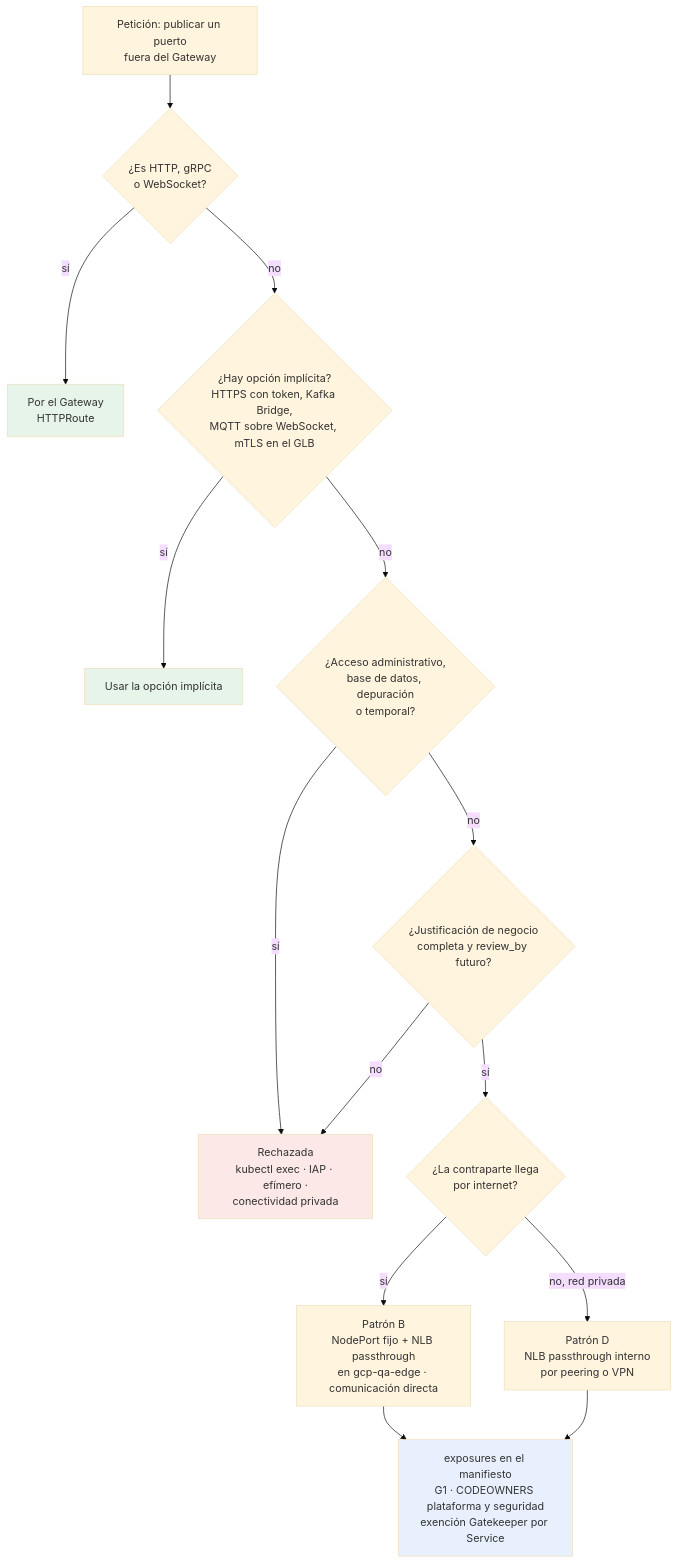
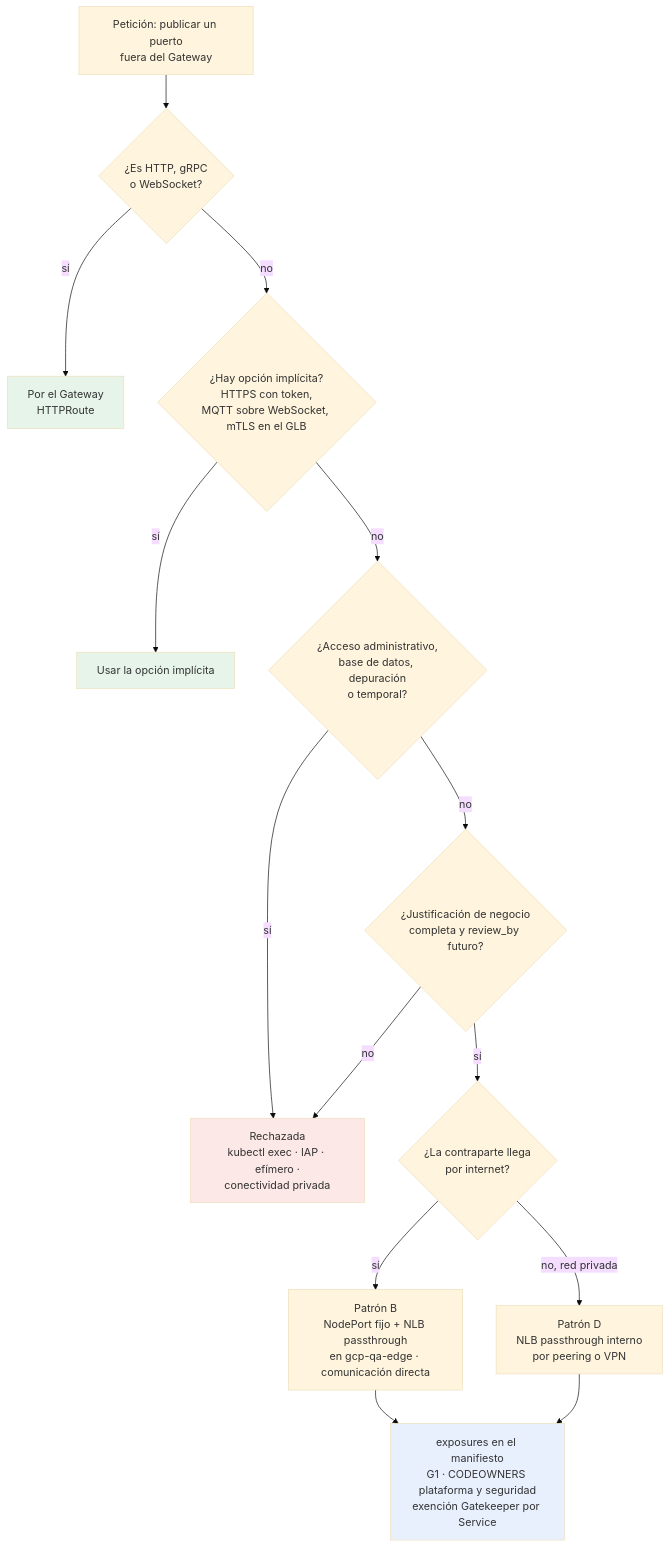
Before and after one commit to aescanero/proposal_documents: the diagram in docs/es/proposals/envoy-gateway-qa/diagrams/07-excepciones.mmd, drawn with Mermaid (base theme). The commit also changed 30 other files, not shown here.

```diff
--- a/docs/es/proposals/envoy-gateway-qa/diagrams/07-excepciones.mmd
+++ b/docs/es/proposals/envoy-gateway-qa/diagrams/07-excepciones.mmd
@@ -1,32 +1,32 @@
 flowchart TB
     S["Petición: publicar un puerto<br/>fuera del Gateway"]
     Q1{"¿Es HTTP, gRPC<br/>o WebSocket?"}
-    Q2{"¿Hay opción implícita?<br/>HTTPS con token, Kafka Bridge,<br/>MQTT sobre WebSocket, mTLS en el GLB"}
+    Q2{"¿Hay opción implícita?<br/>HTTPS con token,<br/>MQTT sobre WebSocket, mTLS en el GLB"}
     Q3{"¿Acceso administrativo,<br/>base de datos, depuración<br/>o temporal?"}
     Q4{"¿Justificación de negocio<br/>completa y review_by futuro?"}
     Q5{"¿La contraparte llega<br/>por internet?"}
     GW["Por el Gateway<br/>HTTPRoute"]
     ALT["Usar la opción implícita"]
     NO["Rechazada<br/>kubectl exec · IAP · efímero ·<br/>conectividad privada"]
     B["Patrón B<br/>NodePort fijo + NLB passthrough<br/>en gcp-qa-edge · comunicación directa"]
     C["Patrón D<br/>NLB passthrough interno<br/>por peering o VPN"]
     CTL["exposures en el manifiesto<br/>G1 · CODEOWNERS plataforma y seguridad<br/>exención Gatekeeper por Service"]
 
     S --> Q1
     Q1 -->|sí| GW
     Q1 -->|no| Q2
     Q2 -->|sí| ALT
     Q2 -->|no| Q3
     Q3 -->|sí| NO
     Q3 -->|no| Q4
     Q4 -->|no| NO
     Q4 -->|sí| Q5
     Q5 -->|sí| B
     Q5 -->|no, red privada| C
     B --> CTL
     C --> CTL
 
     style NO fill:#fce8e6
     style GW fill:#e6f4ea
     style ALT fill:#e6f4ea
     style CTL fill:#e8f0fe
```
